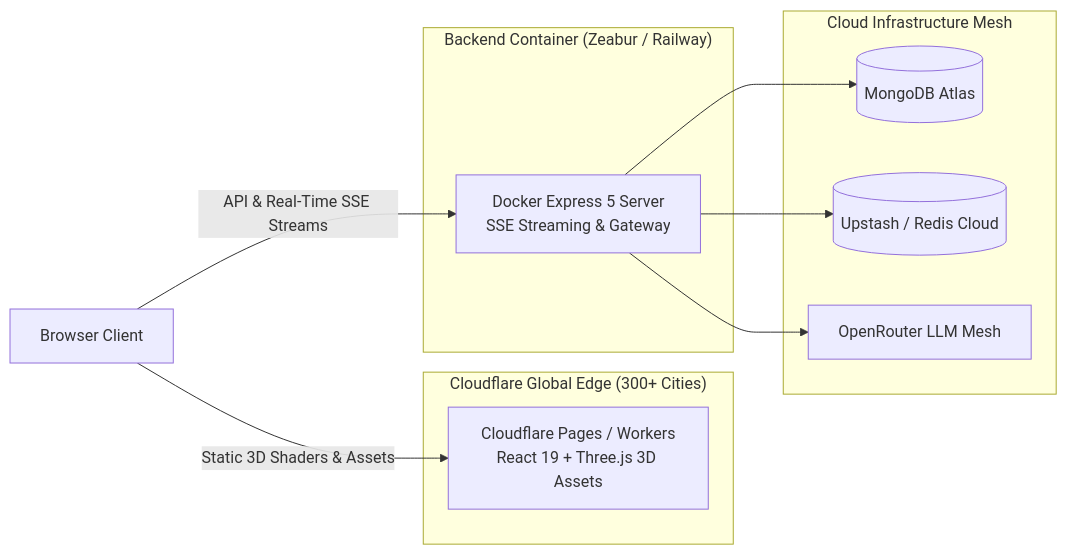
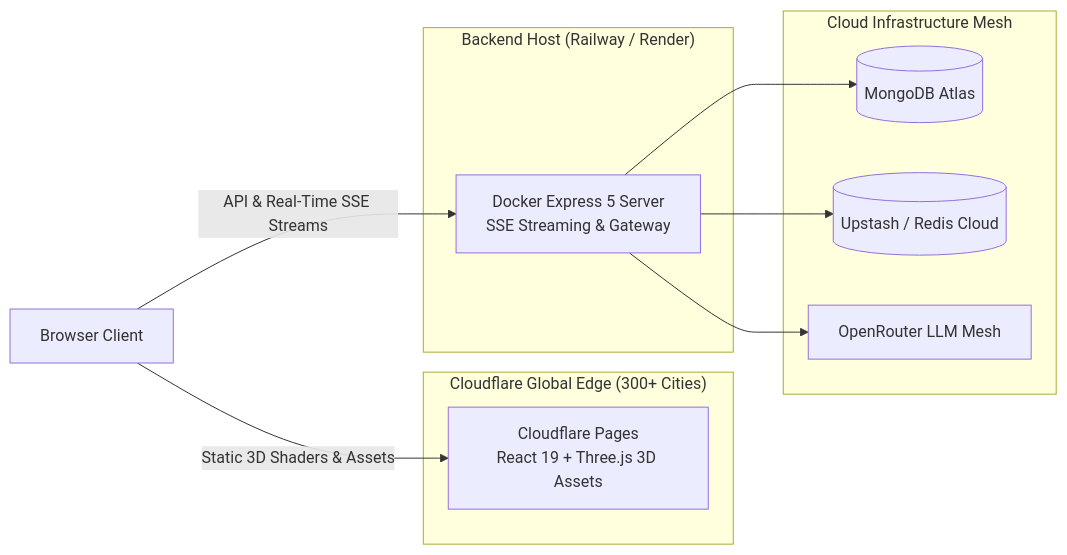
One commit to chandan0000001/ThunderAI changed the diagram in DEPLOYMENT.md. Above: the diagram before and after it, drawn with Mermaid. The commit also changed other lines of this file and 5 other files, not shown here.

First line of the commit message:
feat(deploy): add root wrangler config and update deployment guides for Cloudflare and Railway/Render

````diff
--- a/DEPLOYMENT.md
+++ b/DEPLOYMENT.md
@@ -11,24 +11,24 @@
 ```mermaid
 flowchart LR
     User[Browser Client]
     
     subgraph Cloudflare["Cloudflare Global Edge (300+ Cities)"]
-        CF[Cloudflare Pages / Workers<br/>React 19 + Three.js 3D Assets]
+        CF[Cloudflare Pages<br/>React 19 + Three.js 3D Assets]
     end
     
-    subgraph CloudContainer["Backend Container (Zeabur / Railway)"]
+    subgraph CloudBackend["Backend Host (Railway / Render)"]
         Backend[Docker Express 5 Server<br/>SSE Streaming & Gateway]
     end
     
     subgraph DataMesh["Cloud Infrastructure Mesh"]
         Mongo[(MongoDB Atlas)]
         Redis[(Upstash / Redis Cloud)]
         AI[OpenRouter LLM Mesh]
     end
     
     User -->|Static 3D Shaders & Assets| CF
     User -->|API & Real-Time SSE Streams| Backend
     Backend --> Mongo
     Backend --> Redis
     Backend --> AI
 ```
````
